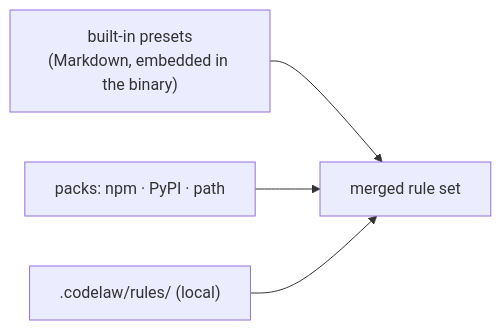
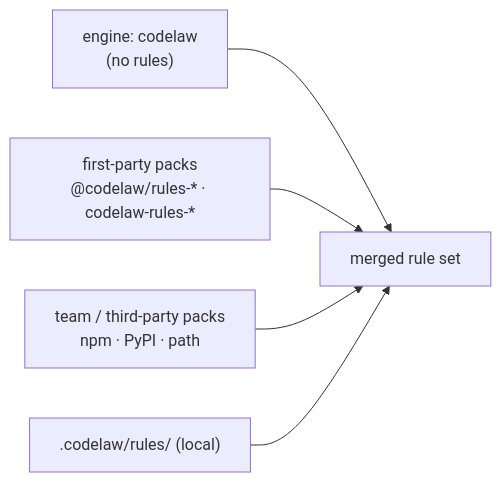
Before and after one commit to arpitarya/codelaw: the diagram in records/0101_rule-packs.md, drawn with Mermaid. The commit also changed other lines of this file and 28 other files, not shown here.

First line of the commit message:
W-01: rules ship as five separately published packs; SR-RULE-PACKS accepted

````diff
--- a/records/0101_rule-packs.md
+++ b/records/0101_rule-packs.md
@@ -34,6 +42,7 @@
 ```mermaid
 flowchart LR
-    B["built-in presets<br/>(Markdown, embedded in the binary)"] --> M["merged rule set"]
-    P["packs: npm · PyPI · path"] --> M
+    E["engine: codelaw<br/>(no rules)"] --> M["merged rule set"]
+    P1["first-party packs<br/>@codelaw/rules-* · codelaw-rules-*"] --> M
+    P2["team / third-party packs<br/>npm · PyPI · path"] --> M
     L[".codelaw/rules/ (local)"] --> M
 ```
````
